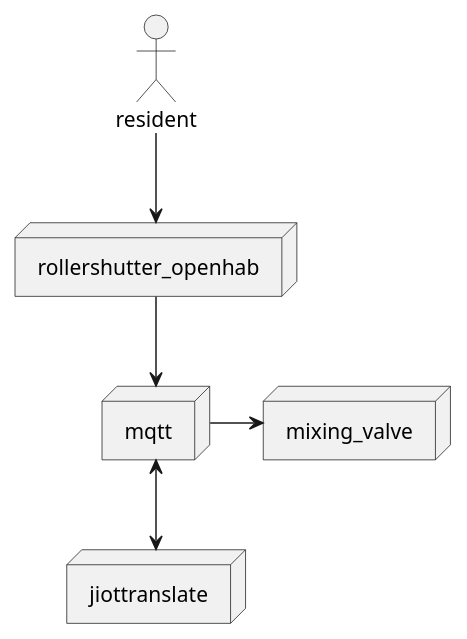
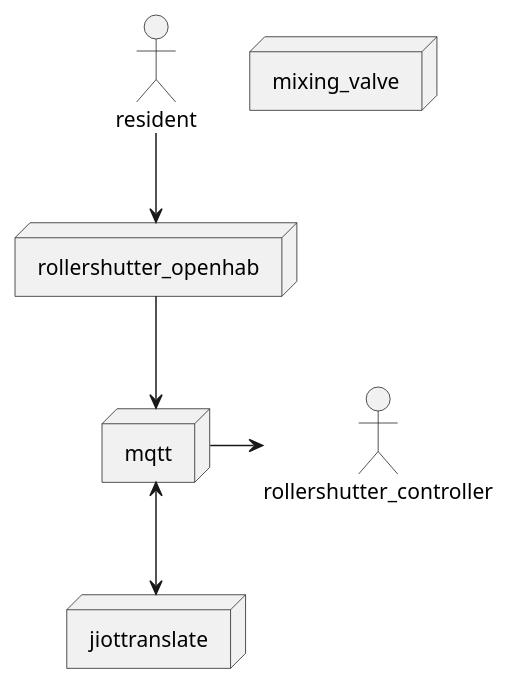
One commit to miller45/jiottranslat changed the diagram in diagram.iuml. Above: the diagram before and after it, drawn with PlantUML.

```diff
--- a/diagram.iuml
+++ b/diagram.iuml
@@ -1,13 +1,13 @@
 @startuml
 actor resident
 node rollershutter_openhab
 node mqtt
 node jiottranslate
 node mixing_valve
 
 resident --> rollershutter_openhab
 rollershutter_openhab --> mqtt
 mqtt <--> jiottranslate
-mqtt ->mixing_valve
+mqtt ->rollershutter_controller
 
 @enduml
```
